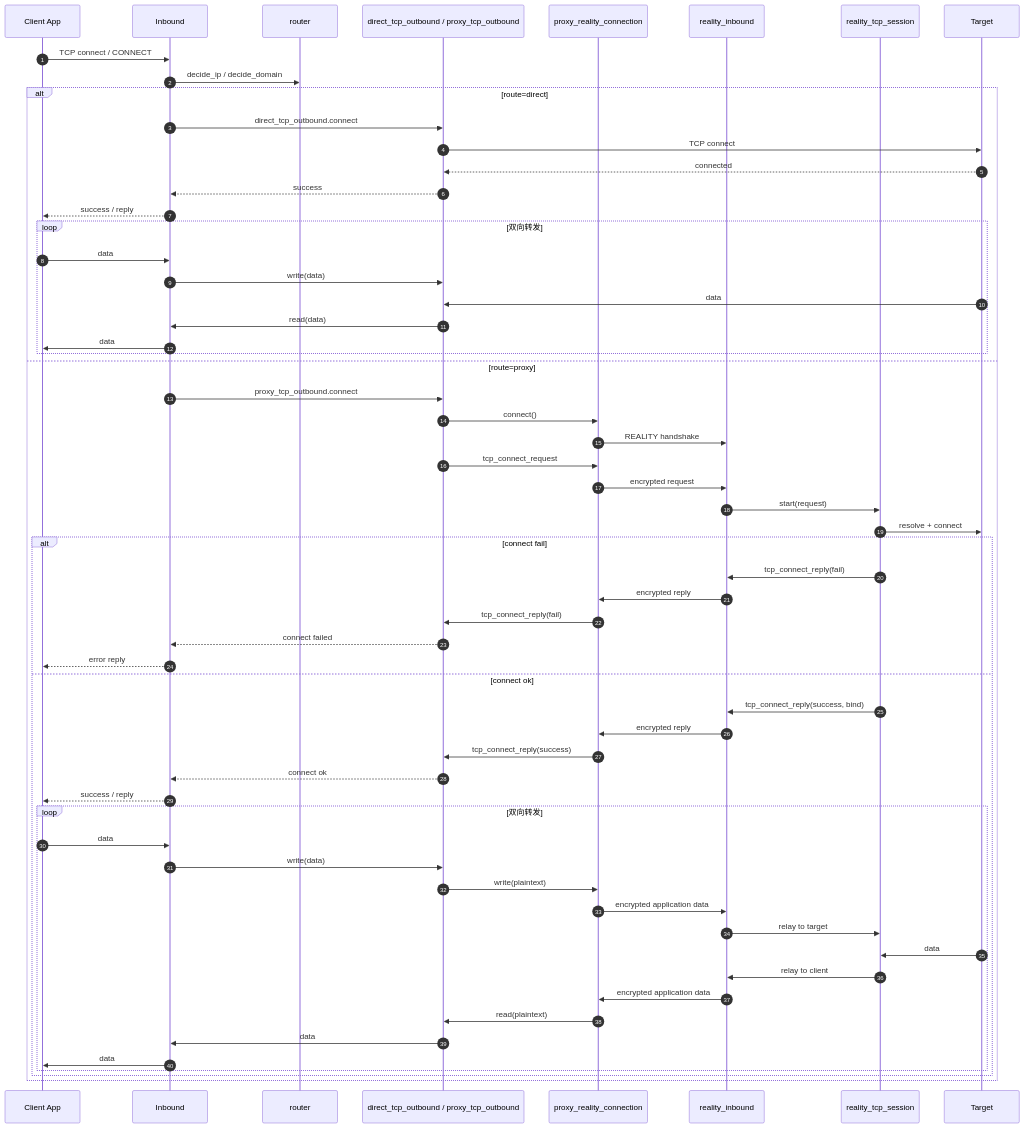
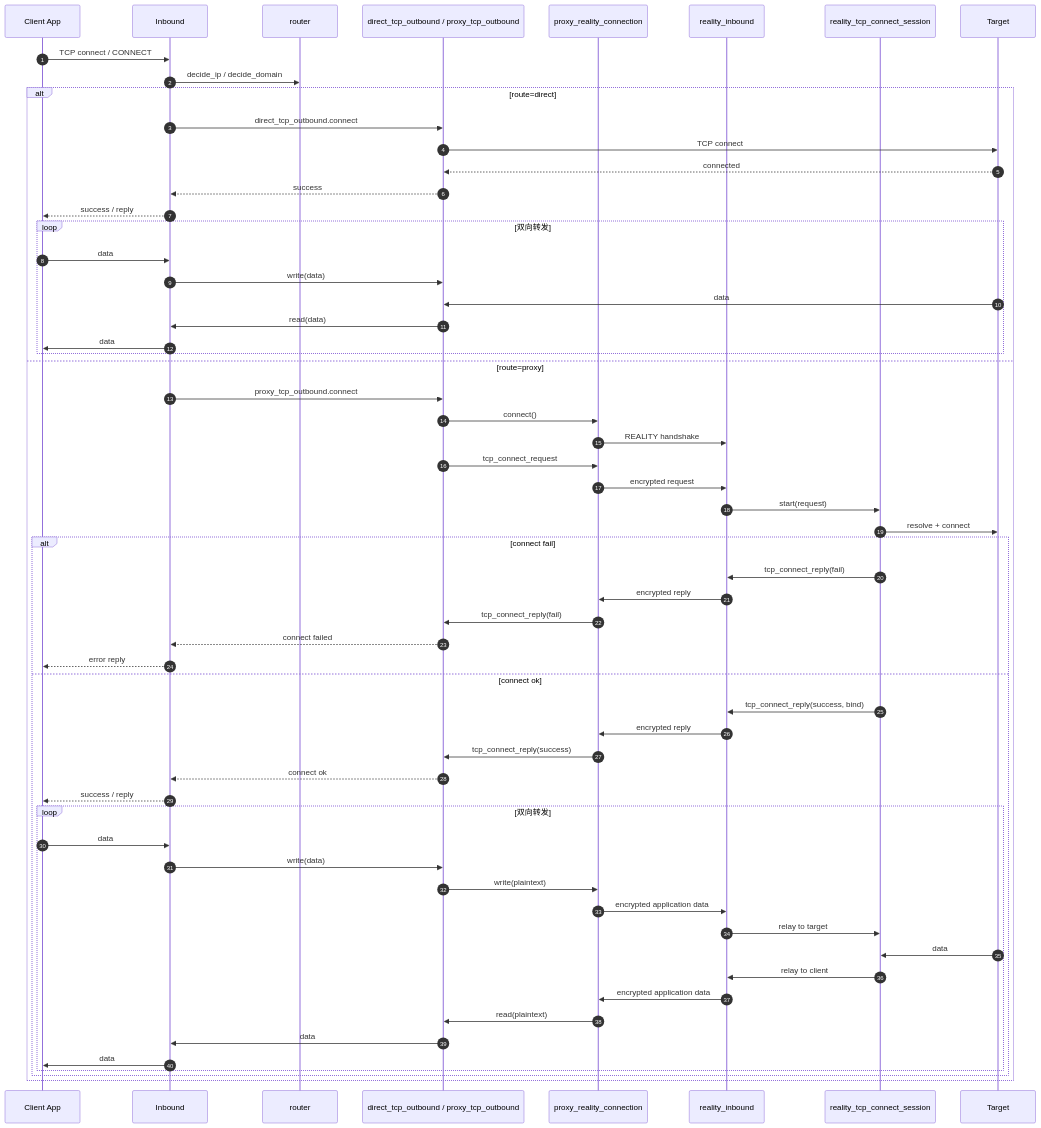
Before and after one commit to gyl30/socks: the second of 5 diagrams in doc/flow.md, drawn with Mermaid. The commit also changed other lines of this file and 9 other files, not shown here.

````diff
--- a/doc/flow.md
+++ b/doc/flow.md
@@ -56,66 +56,66 @@
 ```mermaid
 sequenceDiagram
   autonumber
   participant App as Client App
   participant Inb as Inbound
   participant Router as router
   participant Up as direct_tcp_outbound / proxy_tcp_outbound
   participant Conn as proxy_reality_connection
   participant Server as reality_inbound
-  participant RTcp as reality_tcp_session
+  participant RTcp as reality_tcp_connect_session
   participant Target as Target
 
   App->>Inb: TCP connect / CONNECT
   Inb->>Router: decide_ip / decide_domain
 
   alt route=direct
     Inb->>Up: direct_tcp_outbound.connect
     Up->>Target: TCP connect
     Target-->>Up: connected
     Up-->>Inb: success
     Inb-->>App: success / reply
     loop 双向转发
       App->>Inb: data
       Inb->>Up: write(data)
       Target->>Up: data
       Up->>Inb: read(data)
       Inb->>App: data
     end
   else route=proxy
     Inb->>Up: proxy_tcp_outbound.connect
     Up->>Conn: connect()
     Conn->>Server: REALITY handshake
     Up->>Conn: tcp_connect_request
     Conn->>Server: encrypted request
     Server->>RTcp: start(request)
     RTcp->>Target: resolve + connect
 
     alt connect fail
       RTcp->>Server: tcp_connect_reply(fail)
       Server->>Conn: encrypted reply
       Conn->>Up: tcp_connect_reply(fail)
       Up-->>Inb: connect failed
       Inb-->>App: error reply
     else connect ok
       RTcp->>Server: tcp_connect_reply(success, bind)
       Server->>Conn: encrypted reply
       Conn->>Up: tcp_connect_reply(success)
       Up-->>Inb: connect ok
       Inb-->>App: success / reply
 
       loop 双向转发
         App->>Inb: data
         Inb->>Up: write(data)
         Up->>Conn: write(plaintext)
         Conn->>Server: encrypted application data
         Server->>RTcp: relay to target
         Target->>RTcp: data
         RTcp->>Server: relay to client
         Server->>Conn: encrypted application data
         Conn->>Up: read(plaintext)
         Up->>Inb: data
         Inb->>App: data
       end
     end
   end
 ```
````
